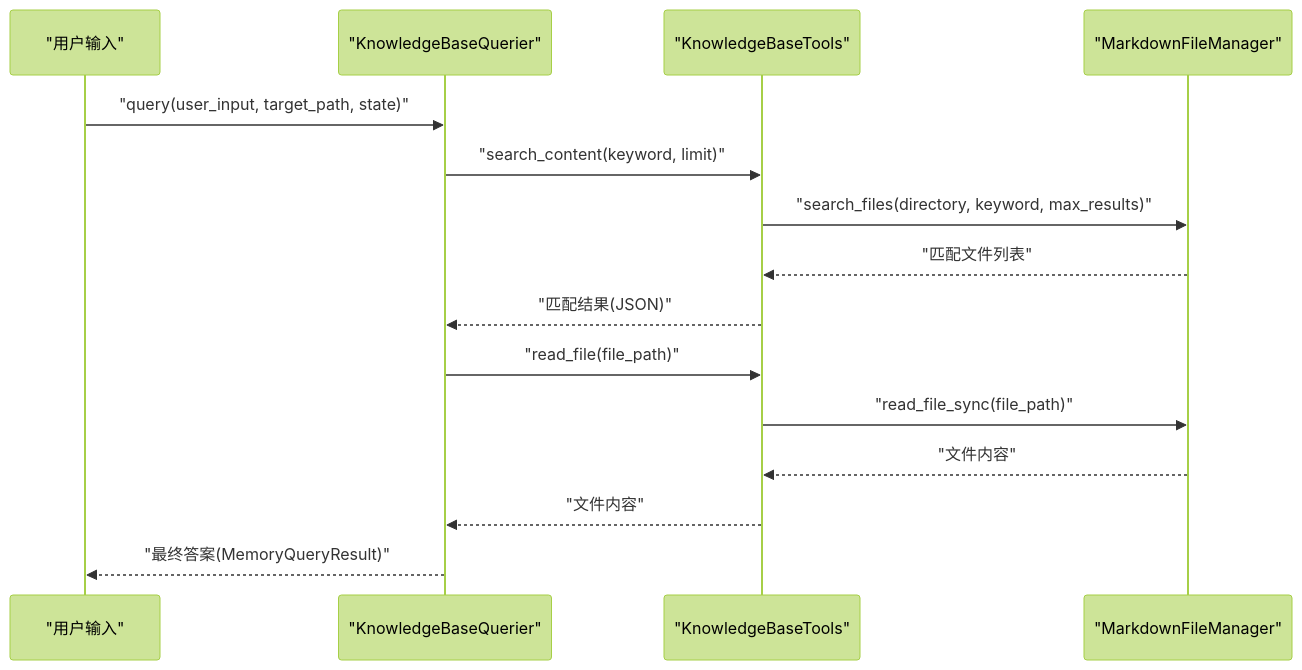
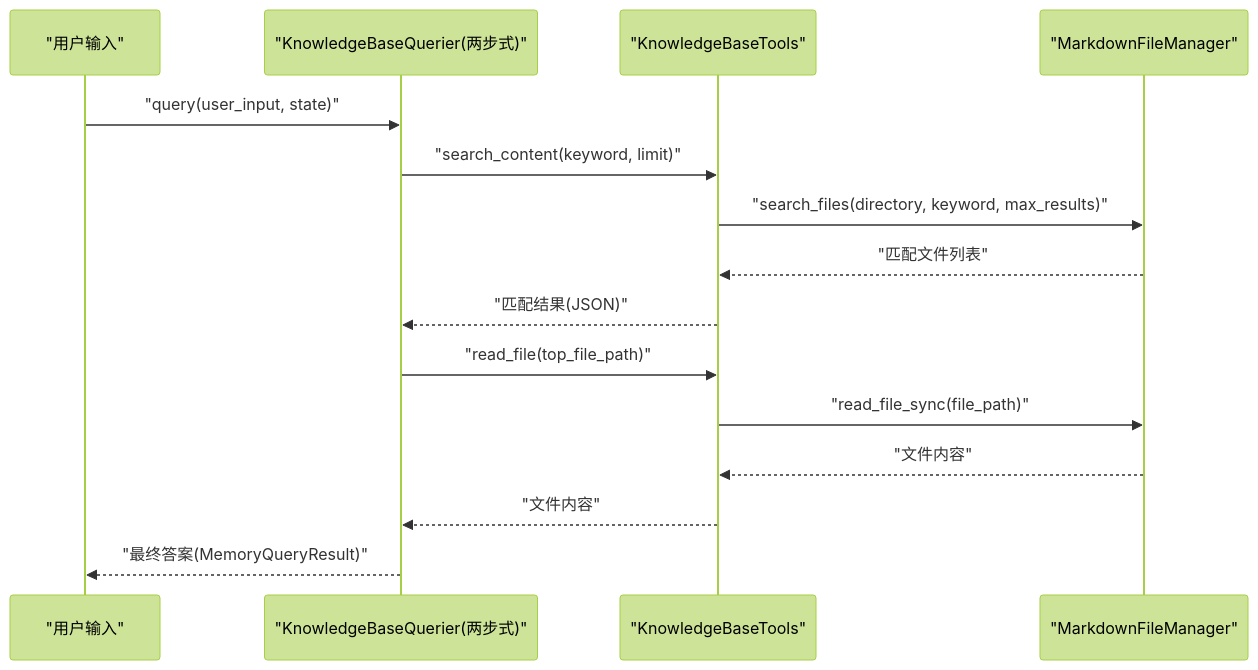
The ninth of 11 diagrams in .qoder/repowiki/zh/content/智能问答系统/智能问答系统.md (WangYiKai1017/zizuan), drawn with Mermaid (forest theme) before and after one commit. The commit also changed other lines of this file and 7 other files, not shown here.

````diff
--- a/.qoder/repowiki/zh/content/智能问答系统/智能问答系统.md
+++ b/.qoder/repowiki/zh/content/智能问答系统/智能问答系统.md
@@ -443,17 +495,17 @@
 ```mermaid
 sequenceDiagram
 participant U as "用户输入"
-participant KB as "KnowledgeBaseQuerier"
+participant KB as "KnowledgeBaseQuerier(两步式)"
 participant Tools as "KnowledgeBaseTools"
 participant FM as "MarkdownFileManager"
-U->>KB : "query(user_input, target_path, state)"
+U->>KB : "query(user_input, state)"
 KB->>Tools : "search_content(keyword, limit)"
 Tools->>FM : "search_files(directory, keyword, max_results)"
 FM-->>Tools : "匹配文件列表"
 Tools-->>KB : "匹配结果(JSON)"
-KB->>Tools : "read_file(file_path)"
+KB->>Tools : "read_file(top_file_path)"
 Tools->>FM : "read_file_sync(file_path)"
 FM-->>Tools : "文件内容"
 Tools-->>KB : "文件内容"
 KB-->>U : "最终答案(MemoryQueryResult)"
 ```
````
